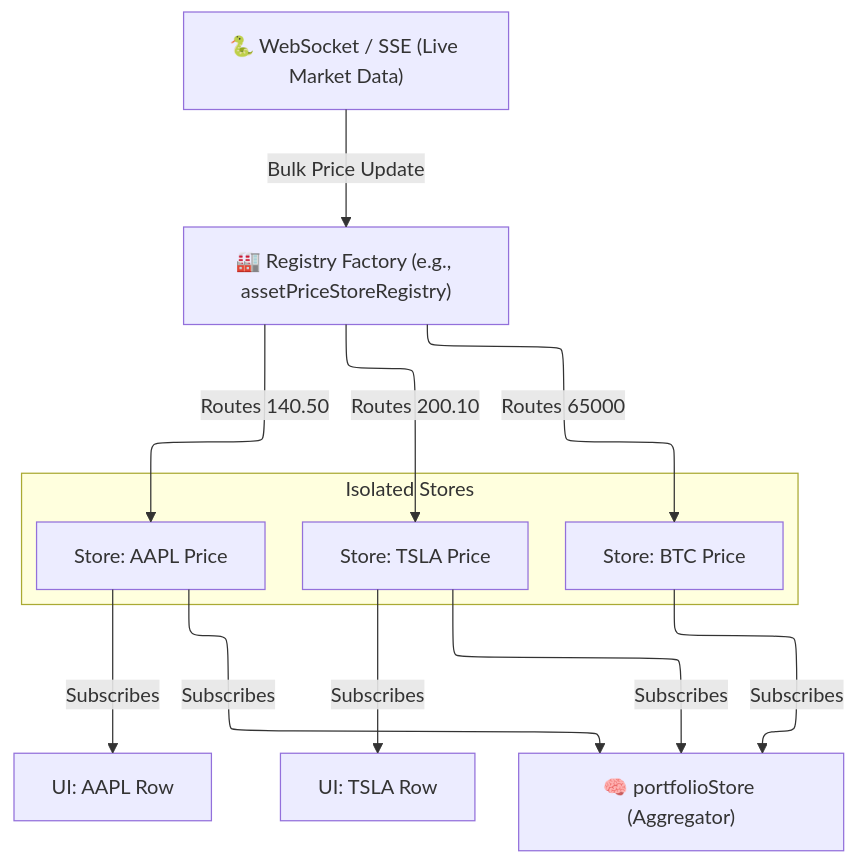
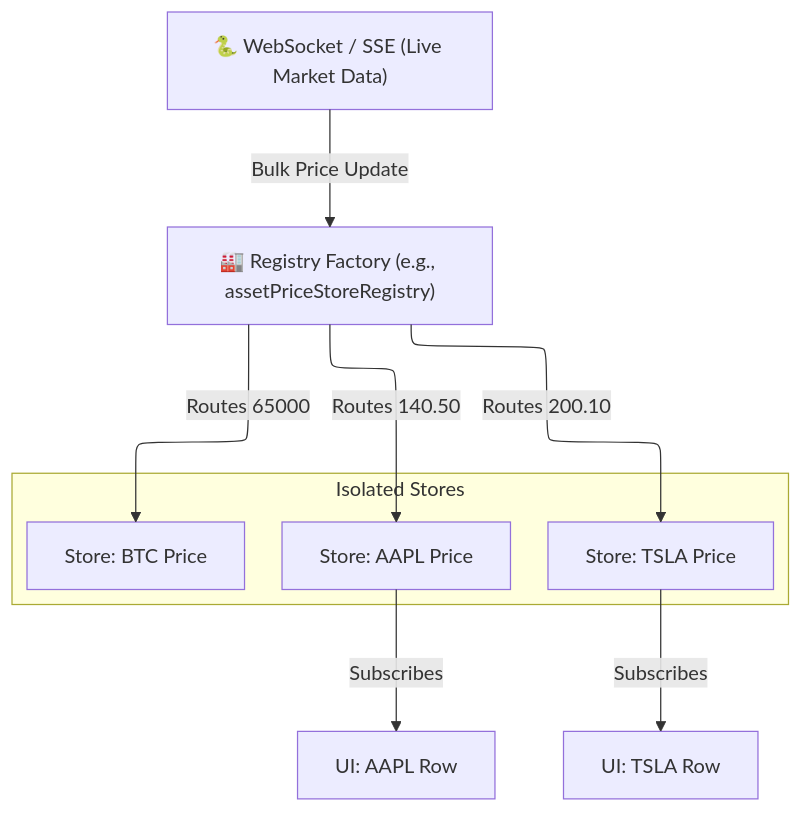
The diagram in mkdocs_src/docs/developer/frontend/state/registries.md (Librefolio/LibreFolio), drawn with Mermaid before and after one commit. The commit also changed 6 other files, not shown here.

````diff
--- a/mkdocs_src/docs/developer/frontend/state/registries.md
+++ b/mkdocs_src/docs/developer/frontend/state/registries.md
@@ -23,32 +23,27 @@
 ```mermaid
 ---
 config:
   layout: elk
 ---
 graph TD
     API["🐍 WebSocket / SSE (Live Market Data)"]
 
     Registry["🏭 Registry Factory (e.g., assetPriceStoreRegistry)"]
 
     subgraph Isolated_Stores ["Isolated Stores"]
         S1["Store: AAPL Price"]
         S2["Store: TSLA Price"]
         S3["Store: BTC Price"]
     end
 
     UI1["UI: AAPL Row"]
     UI2["UI: TSLA Row"]
-    UI_Port["🧠 portfolioStore (Aggregator)"]
 
     API -->|Bulk Price Update| Registry
     Registry -->|Routes 140.50| S1
     Registry -->|Routes 200.10| S2
     Registry -->|Routes 65000| S3
 
     S1 -->|Subscribes| UI1
     S2 -->|Subscribes| UI2
-
-    S1 -->|Subscribes| UI_Port
-    S2 -->|Subscribes| UI_Port
-    S3 -->|Subscribes| UI_Port
 ```
````
